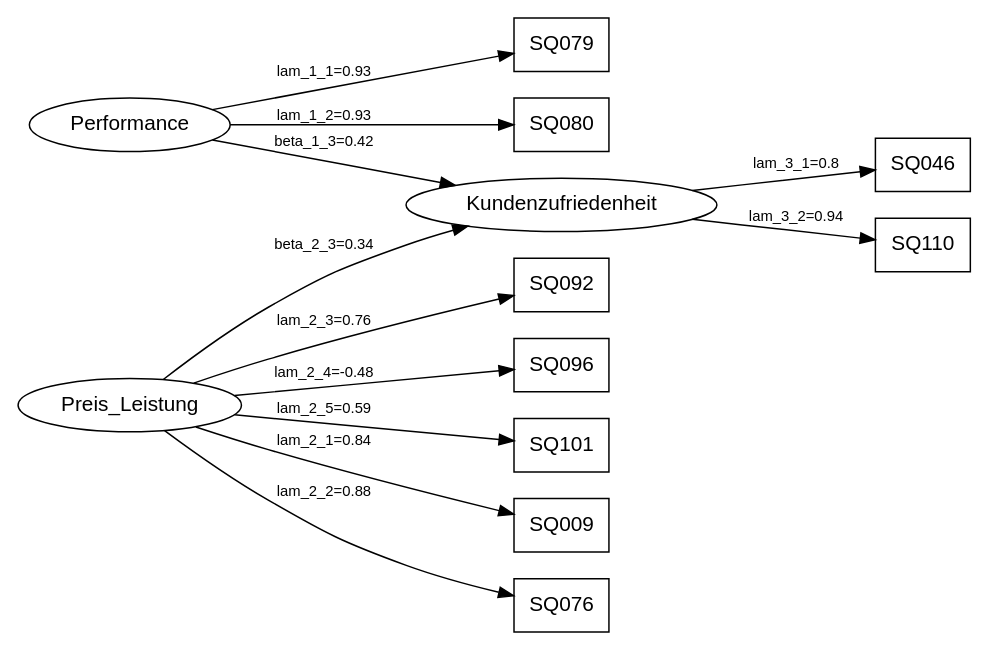
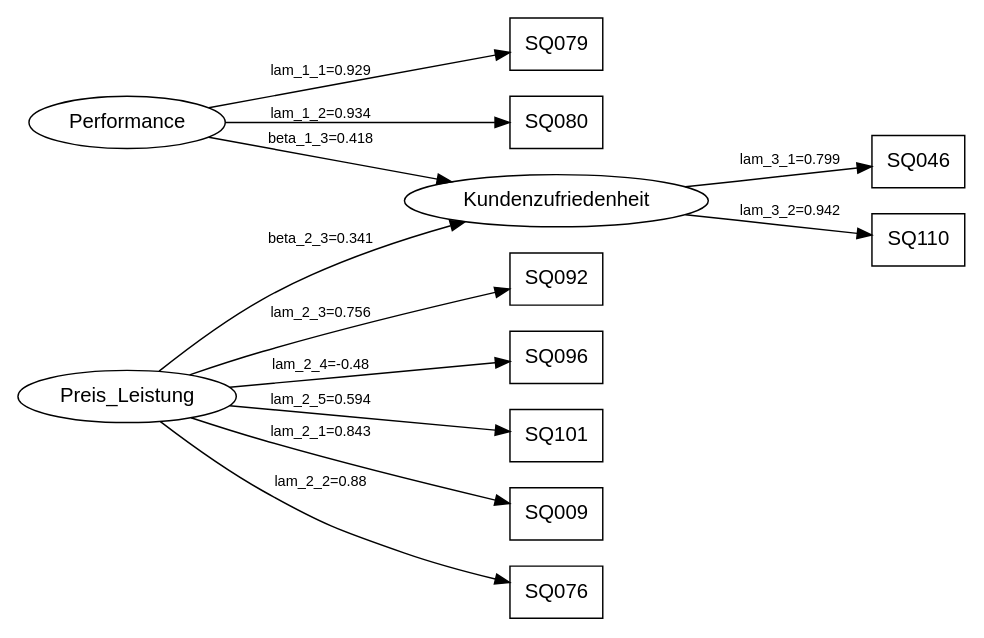
Before and after one commit to JannicBeck/pbsem: the diagram in PB-structure.dot, drawn with Graphviz. The commit also changed 2 other files, not shown here.

```diff
--- a/PB-structure.dot
+++ b/PB-structure.dot
@@ -1,21 +1,21 @@
 digraph "PB_model" {
   rankdir=LR;
   size="8,8";
   node [fontname="Helvetica" fontsize=14 shape=box];
   edge [fontname="Helvetica" fontsize=10];
   center=1;
   "Performance" [shape=ellipse]
   "Preis_Leistung" [shape=ellipse]
   "Kundenzufriedenheit" [shape=ellipse]
- "Performance" -> "SQ079" [label="lam_1_1=0.93"];
-  "Performance" -> "SQ080" [label="lam_1_2=0.93"];
-  "Preis_Leistung" -> "SQ009" [label="lam_2_1=0.84"];
+ "Performance" -> "SQ079" [label="lam_1_1=0.929"];
+  "Performance" -> "SQ080" [label="lam_1_2=0.934"];
+  "Preis_Leistung" -> "SQ009" [label="lam_2_1=0.843"];
   "Preis_Leistung" -> "SQ076" [label="lam_2_2=0.88"];
-  "Preis_Leistung" -> "SQ092" [label="lam_2_3=0.76"];
+  "Preis_Leistung" -> "SQ092" [label="lam_2_3=0.756"];
   "Preis_Leistung" -> "SQ096" [label="lam_2_4=-0.48"];
-  "Preis_Leistung" -> "SQ101" [label="lam_2_5=0.59"];
-  "Kundenzufriedenheit" -> "SQ046" [label="lam_3_1=0.8"];
-  "Kundenzufriedenheit" -> "SQ110" [label="lam_3_2=0.94"];
-  "Performance" -> "Kundenzufriedenheit" [label="beta_1_3=0.42"];
-  "Preis_Leistung" -> "Kundenzufriedenheit" [label="beta_2_3=0.34"];
+  "Preis_Leistung" -> "SQ101" [label="lam_2_5=0.594"];
+  "Kundenzufriedenheit" -> "SQ046" [label="lam_3_1=0.799"];
+  "Kundenzufriedenheit" -> "SQ110" [label="lam_3_2=0.942"];
+  "Performance" -> "Kundenzufriedenheit" [label="beta_1_3=0.418"];
+  "Preis_Leistung" -> "Kundenzufriedenheit" [label="beta_2_3=0.341"];
 }
```
